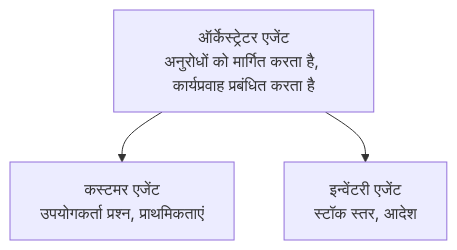
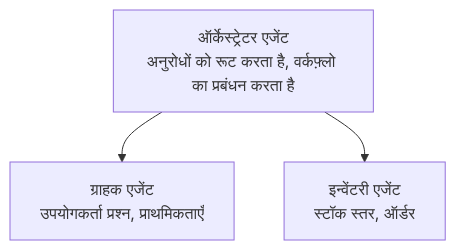
One commit to microsoft/AZD-for-beginners changed the diagram in translations/hi/docs/chapter-05-multi-agent/README.md. Above: the diagram before and after it, drawn with Mermaid. The commit also changed other lines of this file and 104 other files, not shown here.

````diff
--- a/translations/hi/docs/chapter-05-multi-agent/README.md
+++ b/translations/hi/docs/chapter-05-multi-agent/README.md
@@ -52,5 +54,5 @@
 ```mermaid
 graph TD
-    Orchestrator[ऑर्केस्ट्रेटर एजेंट<br/>अनुरोधों को मार्गित करता है, कार्यप्रवाह प्रबंधित करता है] --> Customer[कस्टमर एजेंट<br/>उपयोगकर्ता प्रश्न, प्राथमिकताएं]
-    Orchestrator --> Inventory[इन्वेंटरी एजेंट<br/>स्टॉक स्तर, आदेश]
+    Orchestrator[ऑर्केस्ट्रेटर एजेंट<br/>अनुरोधों को रूट करता है, वर्कफ़्लो का प्रबंधन करता है] --> Customer[ग्राहक एजेंट<br/>उपयोगकर्ता प्रश्न, प्राथमिकताएँ]
+    Orchestrator --> Inventory[इन्वेंटरी एजेंट<br/>स्टॉक स्तर, ऑर्डर]
 ```
````
